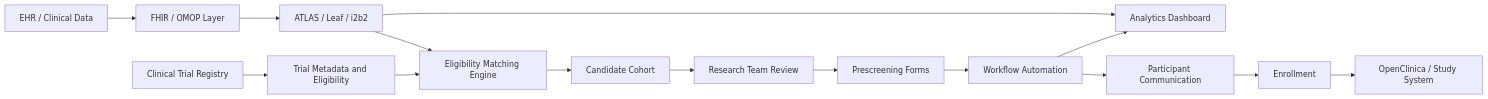
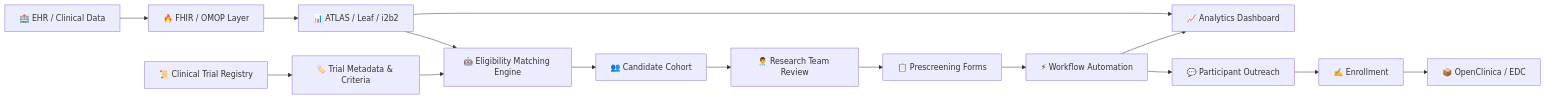
The second of 4 diagrams in README.md (ishandutta2007/Awesome-Patient-Recruitment), drawn with Mermaid before and after one commit. The commit also changed other lines of this file and 1 other file, not shown here.

````diff
--- a/README.md
+++ b/README.md
@@ -706,57 +393,20 @@
 ```mermaid
+flowchart LR
+    A[🏥 EHR / Clinical Data] --> B[🔥 FHIR / OMOP Layer]
+    B --> C[📊 ATLAS / Leaf / i2b2]
 
-flowchart LR
-
-    A[EHR / Clinical Data] --> B[FHIR / OMOP Layer]
-
-
-
-    B --> C[ATLAS / Leaf / i2b2]
-
-
-
-    D[Clinical Trial Registry] --> E[Trial Metadata and Eligibility]
-
-
-
-    E --> F[Eligibility Matching Engine]
-
-
+    D[📜 Clinical Trial Registry] --> E[🏷️ Trial Metadata & Criteria]
+    E --> F[🤖 Eligibility Matching Engine]
 
     C --> F
+    F --> G[👥 Candidate Cohort]
+    G --> H[👨‍⚕️ Research Team Review]
+    H --> I[📋 Prescreening Forms]
+    I --> J[⚡ Workflow Automation]
+    J --> K[💬 Participant Outreach]
+    K --> L[✍️ Enrollment]
+    L --> M[📦 OpenClinica / EDC]
 
-
-
-    F --> G[Candidate Cohort]
-
-
-
-    G --> H[Research Team Review]
-
-
-
-    H --> I[Prescreening Forms]
-
-
-
-    I --> J[Workflow Automation]
-
-
-
-    J --> K[Participant Communication]
-
-
-
-    K --> L[Enrollment]
-
-
-
-    L --> M[OpenClinica / Study System]
-
-
-
-    C --> N[Analytics Dashboard]
-
+    C --> N[📈 Analytics Dashboard]
     J --> N
-
 ```
````
